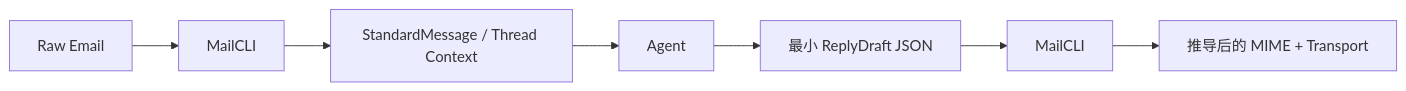
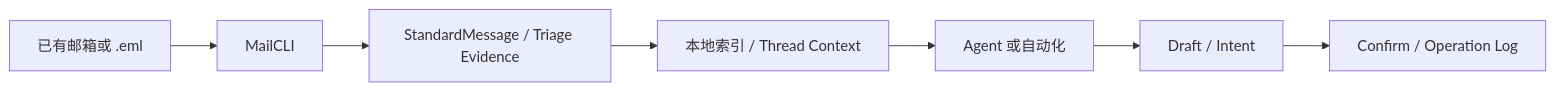
One commit to nonozone/MailCli changed the first of 2 diagrams in README.zh-CN.md. Above: the diagram before and after it, drawn with Mermaid. The commit also changed other lines of this file and 1 other file, not shown here.

Commit message:
docs: clarify MailCLI project overview (#9)

````diff
--- a/README.zh-CN.md
+++ b/README.zh-CN.md
@@ -117,9 +60,9 @@
 ```mermaid
 flowchart LR
-  A["Raw Email"] --> B["MailCLI"]
-  B --> C["StandardMessage / Thread Context"]
-  C --> D["Agent"]
-  D --> E["最小 ReplyDraft JSON"]
-  E --> F["MailCLI"]
-  F --> G["推导后的 MIME + Transport"]
+  A["已有邮箱或 .eml"] --> B["MailCLI"]
+  B --> C["StandardMessage / Triage Evidence"]
+  C --> D["本地索引 / Thread Context"]
+  D --> E["Agent 或自动化"]
+  E --> F["Draft / Intent"]
+  F --> G["Confirm / Operation Log"]
 ```
````
